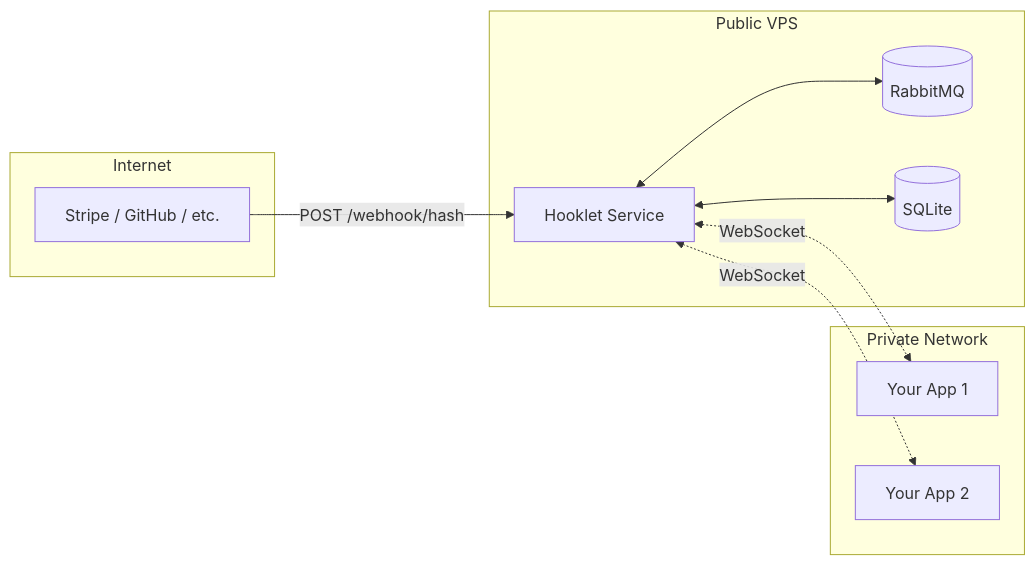
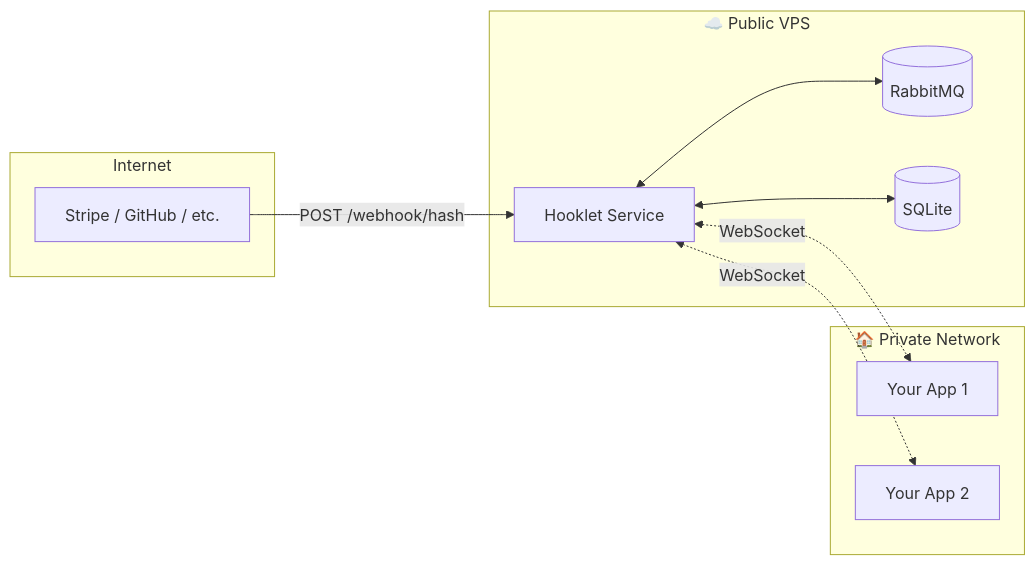
The diagram in README.md (z-originales/Hooklet), drawn with Mermaid before and after one commit. The commit also changed other lines of this file, not shown here.

````diff
--- a/README.md
+++ b/README.md
@@ -295,23 +178,23 @@
 ```mermaid
 flowchart LR
     subgraph Internet
         Stripe[Stripe / GitHub / etc.]
     end
 
-    subgraph VPS["Public VPS"]
+    subgraph VPS["☁️ Public VPS"]
         Hooklet[Hooklet Service]
         RabbitMQ[(RabbitMQ)]
         SQLite[(SQLite)]
     end
 
-    subgraph Private["Private Network"]
+    subgraph Private["🏠 Private Network"]
         App1[Your App 1]
         App2[Your App 2]
     end
 
     Stripe -->|POST /webhook/hash| Hooklet
     Hooklet <--> RabbitMQ
     Hooklet <--> SQLite
     Hooklet <-.->|WebSocket| App1
     Hooklet <-.->|WebSocket| App2
 ```
````
